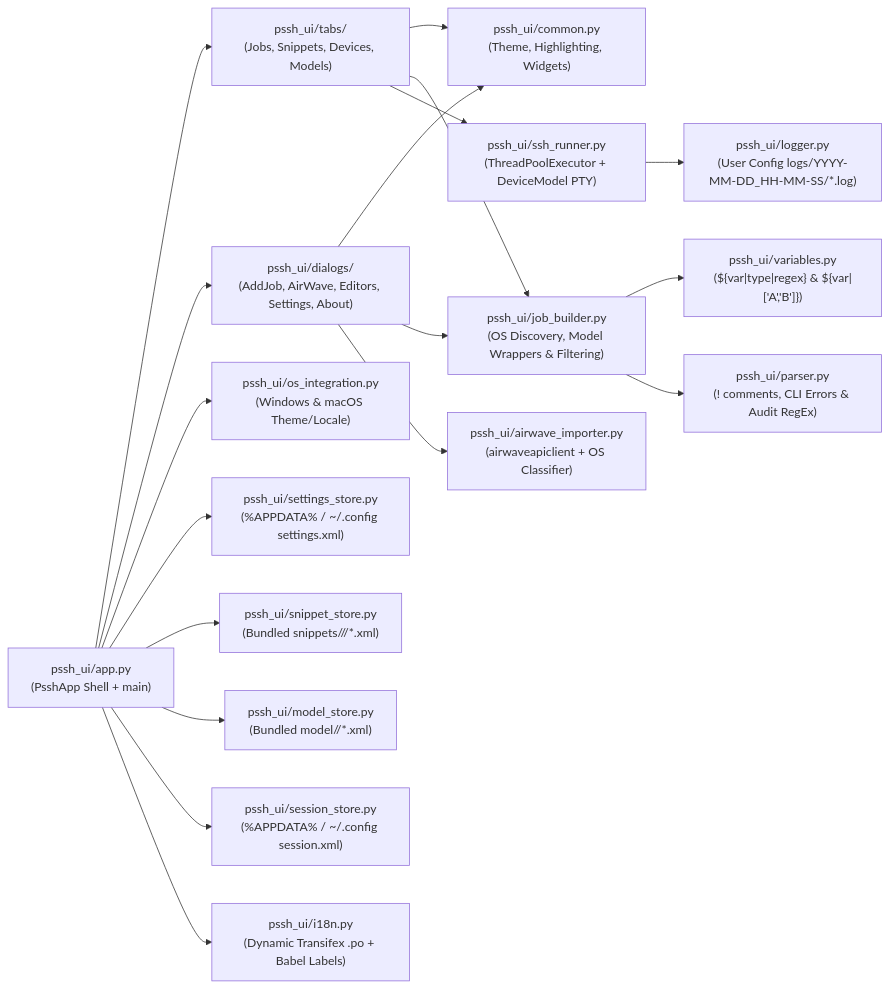
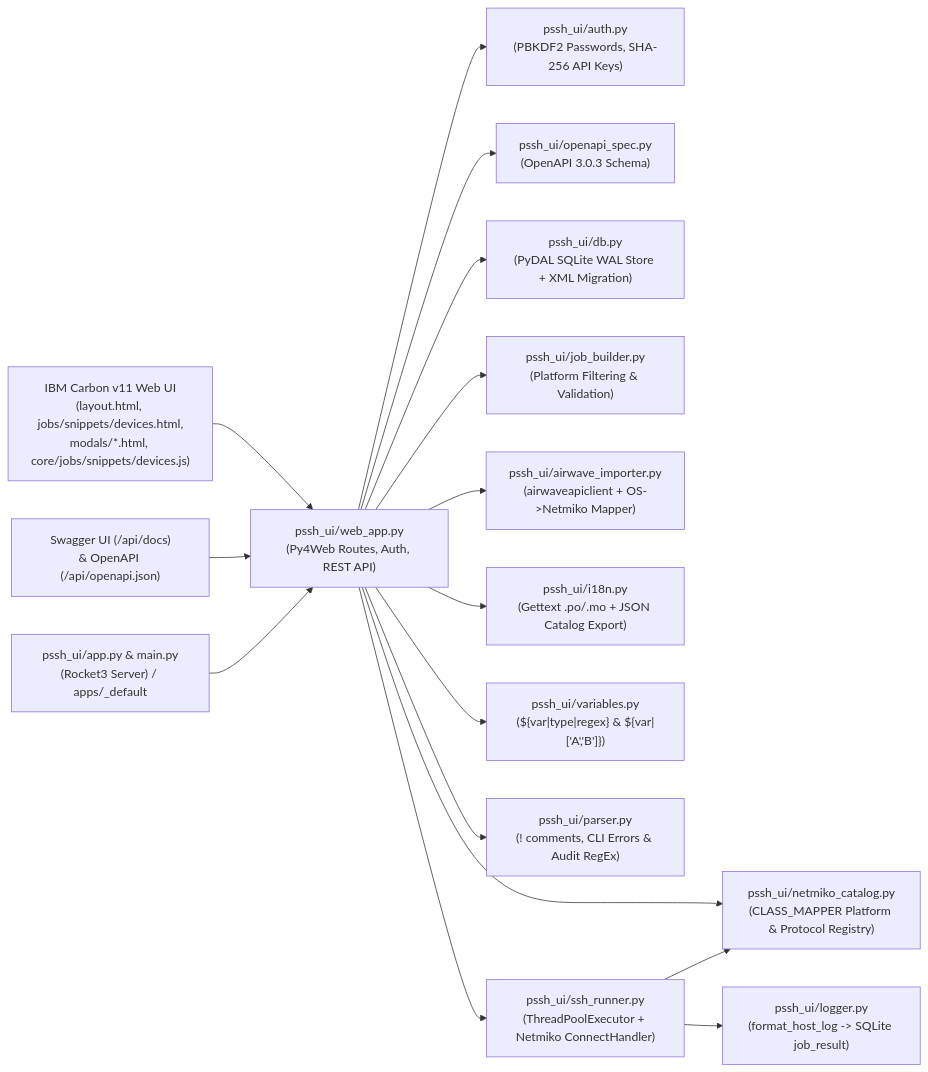
The diagram in wiki/Developer-Design-Choices.md (eduardomozart/aethernms), drawn with Mermaid before and after one commit. The commit also changed other lines of this file and 154 other files, not shown here.

````diff
--- a/wiki/Developer-Design-Choices.md
+++ b/wiki/Developer-Design-Choices.md
@@ -9,21 +9,18 @@
 ```mermaid
 flowchart LR
-    App["pssh_ui/app.py\n(PsshApp Shell + main)"] --> Tabs["pssh_ui/tabs/\n(Jobs, Snippets, Devices, Models)"]
-    App --> Dlgs["pssh_ui/dialogs/\n(AddJob, AirWave, Editors, Settings, About)"]
-    Tabs --> Common["pssh_ui/common.py\n(Theme, Highlighting, Widgets)"]
-    Dlgs --> Common
-    Tabs --> Job["pssh_ui/job_builder.py\n(OS Discovery, Model Wrappers & Filtering)"]
-    Dlgs --> Job
-    App --> OS["pssh_ui/os_integration.py\n(Windows & macOS Theme/Locale)"]
-    App --> Settings["pssh_ui/settings_store.py\n(%APPDATA% / ~/.config settings.xml)"]
-    App --> Snippets["pssh_ui/snippet_store.py\n(Bundled snippets/<vendor>/<os>/*.xml)"]
-    App --> Models["pssh_ui/model_store.py\n(Bundled model/<vendor>/*.xml)"]
-    App --> Session["pssh_ui/session_store.py\n(%APPDATA% / ~/.config session.xml)"]
-    Dlgs --> AirWave["pssh_ui/airwave_importer.py\n(airwaveapiclient + OS Classifier)"]
-    App --> I18n["pssh_ui/i18n.py\n(Dynamic Transifex .po + Babel Labels)"]
-
-    Job --> Vars["pssh_ui/variables.py\n(${var|type|regex} & ${var|['A','B']})"]
-    Job --> Parser["pssh_ui/parser.py\n(! comments, CLI Errors & Audit RegEx)"]
-    Tabs --> Runner["pssh_ui/ssh_runner.py\n(ThreadPoolExecutor + DeviceModel PTY)"]
-    Runner --> Logger["pssh_ui/logger.py\n(User Config logs/YYYY-MM-DD_HH-MM-SS/*.log)"]
+    Browser["IBM Carbon v11 Web UI\n(layout.html, jobs/snippets/devices.html,\nmodals/*.html, core/jobs/snippets/devices.js)"] --> Web["pssh_ui/web_app.py\n(Py4Web Routes, Auth, REST API)"]
+    Swagger["Swagger UI (/api/docs)\n& OpenAPI (/api/openapi.json)"] --> Web
+    CLI["pssh_ui/app.py & main.py\n(Rocket3 Server) / apps/_default"] --> Web
+    Web --> Auth["pssh_ui/auth.py\n(PBKDF2 Passwords, SHA-256 API Keys)"]
+    Web --> OpenAPI["pssh_ui/openapi_spec.py\n(OpenAPI 3.0.3 Schema)"]
+    Web --> DB["pssh_ui/db.py\n(PyDAL SQLite WAL Store + XML Migration)"]
+    Web --> Cat["pssh_ui/netmiko_catalog.py\n(CLASS_MAPPER Platform & Protocol Registry)"]
+    Web --> Job["pssh_ui/job_builder.py\n(Platform Filtering & Validation)"]
+    Web --> AirWave["pssh_ui/airwave_importer.py\n(airwaveapiclient + OS->Netmiko Mapper)"]
+    Web --> I18n["pssh_ui/i18n.py\n(Gettext .po/.mo + JSON Catalog Export)"]
+    Web --> Vars["pssh_ui/variables.py\n(${var|type|regex} & ${var|['A','B']})"]
+    Web --> Parser["pssh_ui/parser.py\n(! comments, CLI Errors & Audit RegEx)"]
+    Web --> Runner["pssh_ui/ssh_runner.py\n(ThreadPoolExecutor + Netmiko ConnectHandler)"]
+    Runner --> Cat
+    Runner --> Logger["pssh_ui/logger.py\n(format_host_log -> SQLite job_result)"]
 ```
````
